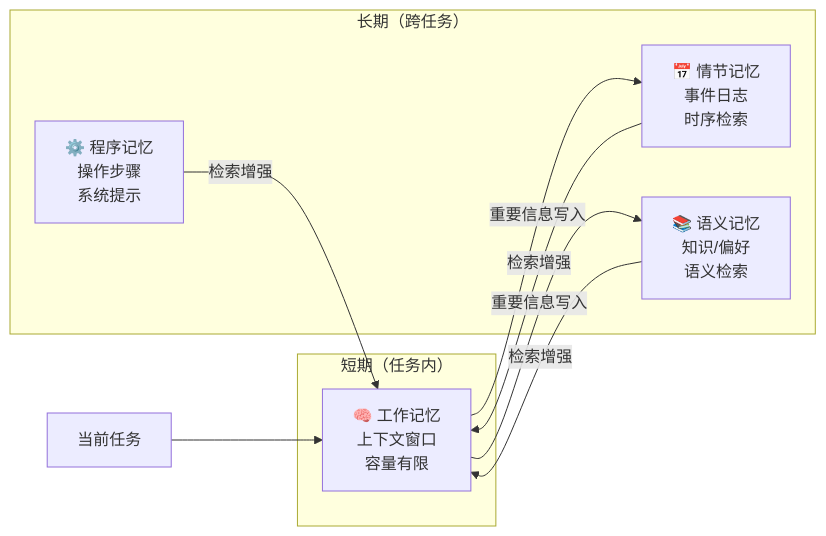
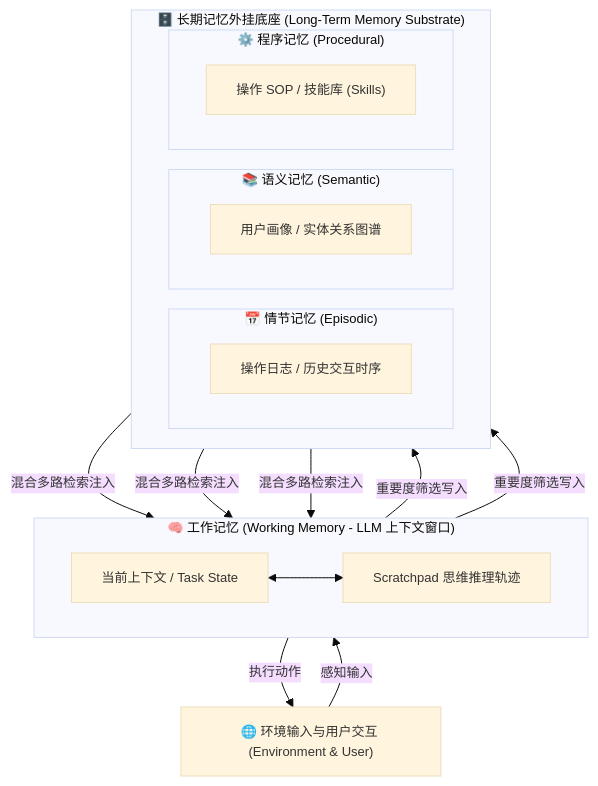
Diagram 12 of 50 in _posts/research/2026-03-05-AI-Agent-Survey.md (TingdeLiu/tingdeliu.github.io), drawn with Mermaid before and after one commit. The commit also changed other lines of this file, not shown here.

Commit message:
docs(agent): enrich section 5 memory mechanism with ACL 2026 evolution, hybrid graph engines and benchmarks

````diff
--- a/_posts/research/2026-03-05-AI-Agent-Survey.md
+++ b/_posts/research/2026-03-05-AI-Agent-Survey.md
@@ -711,16 +740,28 @@
 ```mermaid
-flowchart LR
-    subgraph SHORT["短期（任务内）"]
-        WM["🧠 工作记忆\n上下文窗口\n容量有限"]
+%%{init: {'theme': 'base', 'themeVariables': { 'fontSize': '13px'}}}%%
+flowchart TB
+    ENV["🌐 环境输入与用户交互 (Environment & User)"]
+
+    subgraph WORKING ["🧠 工作记忆 (Working Memory - LLM 上下文窗口)"]
+        direction LR
+        CTX["当前上下文 / Task State"] <--> SCRATCH["Scratchpad 思维推理轨迹"]
     end
 
-    subgraph LONG["长期（跨任务）"]
-        EP["📅 情节记忆\n事件日志\n时序检索"]
-        SEM["📚 语义记忆\n知识/偏好\n语义检索"]
-        PROC["⚙️ 程序记忆\n操作步骤\n系统提示"]
+    subgraph LONG_TERM ["🗄️ 长期记忆外挂底座 (Long-Term Memory Substrate)"]
+        direction LR
+        subgraph EP_BOX ["📅 情节记忆 (Episodic)"]
+            EP["操作日志 / 历史交互时序"]
+        end
+        subgraph SEM_BOX ["📚 语义记忆 (Semantic)"]
+            SEM["用户画像 / 实体关系图谱"]
+        end
+        subgraph PROC_BOX ["⚙️ 程序记忆 (Procedural)"]
+            PROC["操作 SOP / 技能库 (Skills)"]
+        end
     end
 
-    TASK["当前任务"] --> WM
-    WM -->|"重要信息写入"| EP & SEM
-    EP & SEM & PROC -->|"检索增强"| WM
+    ENV -->|"感知输入"| CTX
+    CTX -->|"重要度筛选写入"| EP & SEM
+    EP & SEM & PROC -->|"混合多路检索注入"| CTX
+    CTX -->|"执行动作"| ENV
 ```
````
